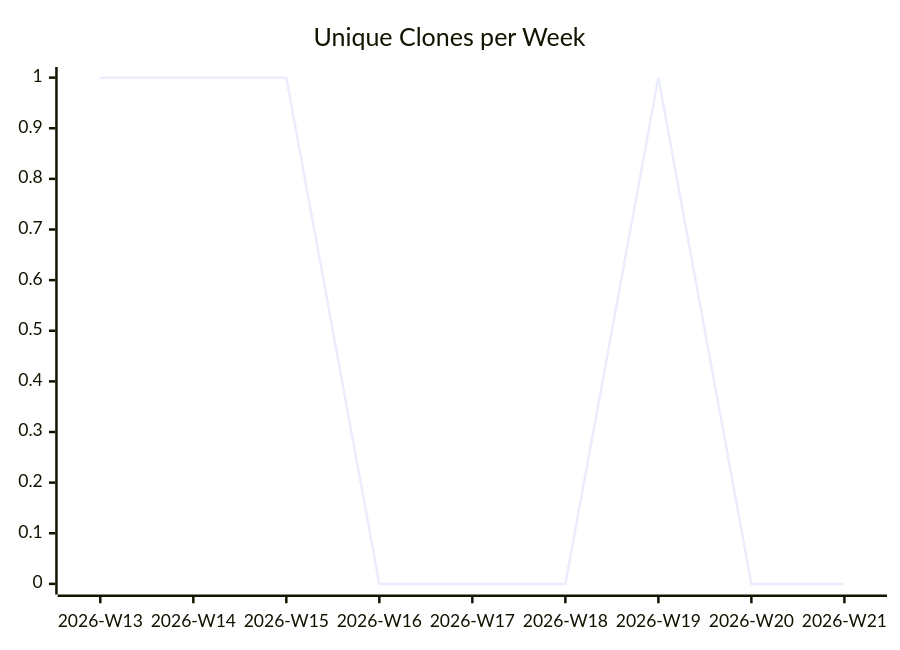
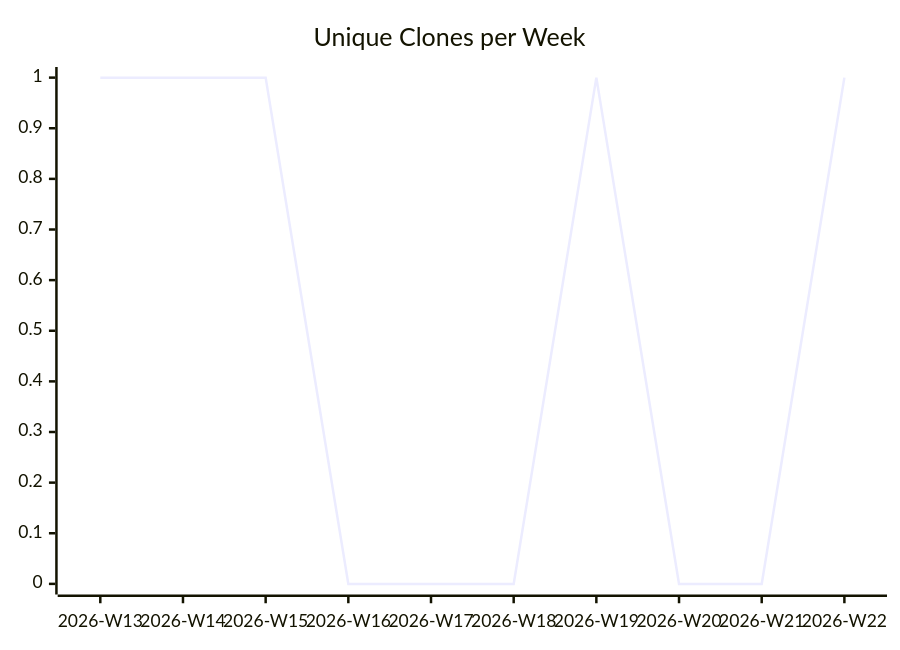
The third of 3 diagrams in karlmdavis/ansible-roles/README.md (justdavis-family/github-analytics-data), drawn with Mermaid before and after one commit. The commit also changed other lines of this file and 189 other files, not shown here.

````diff
--- a/karlmdavis/ansible-roles/README.md
+++ b/karlmdavis/ansible-roles/README.md
@@ -19,6 +19,6 @@
 ```mermaid
 xychart-beta
   title "Unique Clones per Week"
-  x-axis ["2026-W13", "2026-W14", "2026-W15", "2026-W16", "2026-W17", "2026-W18", "2026-W19", "2026-W20", "2026-W21"]
-  line [1, 1, 1, 0, 0, 0, 1, 0, 0]
+  x-axis ["2026-W13", "2026-W14", "2026-W15", "2026-W16", "2026-W17", "2026-W18", "2026-W19", "2026-W20", "2026-W21", "2026-W22"]
+  line [1, 1, 1, 0, 0, 0, 1, 0, 0, 1]
 ```
````
